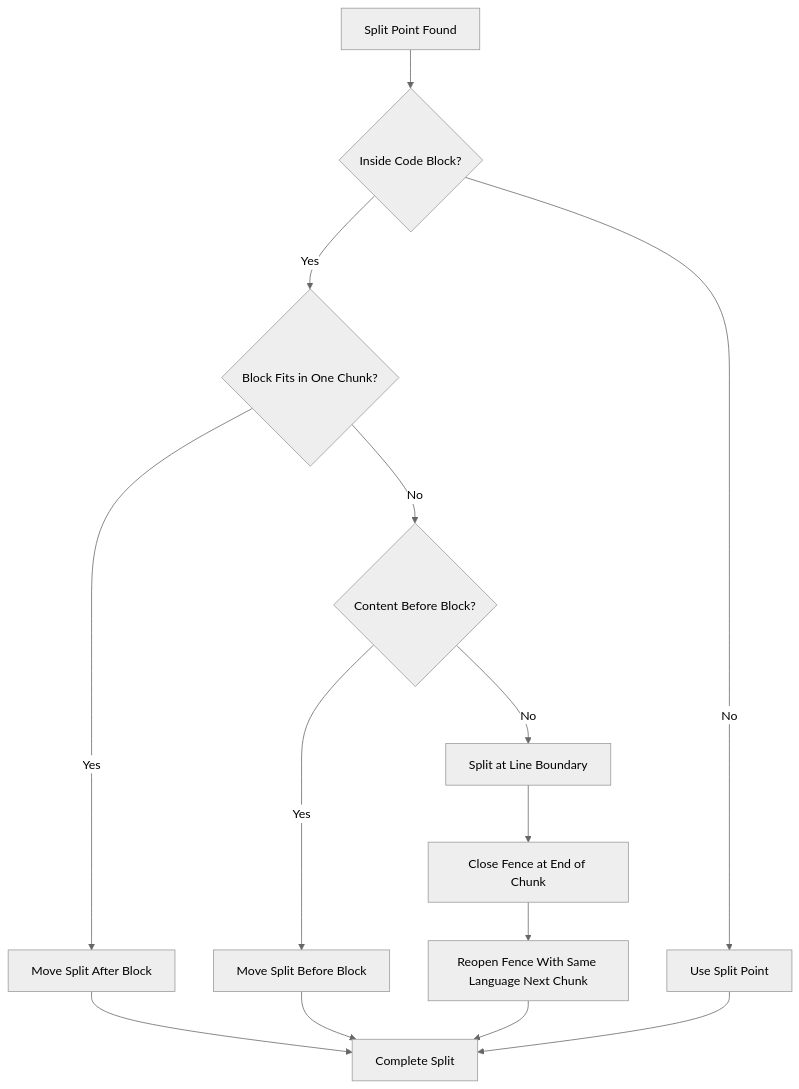
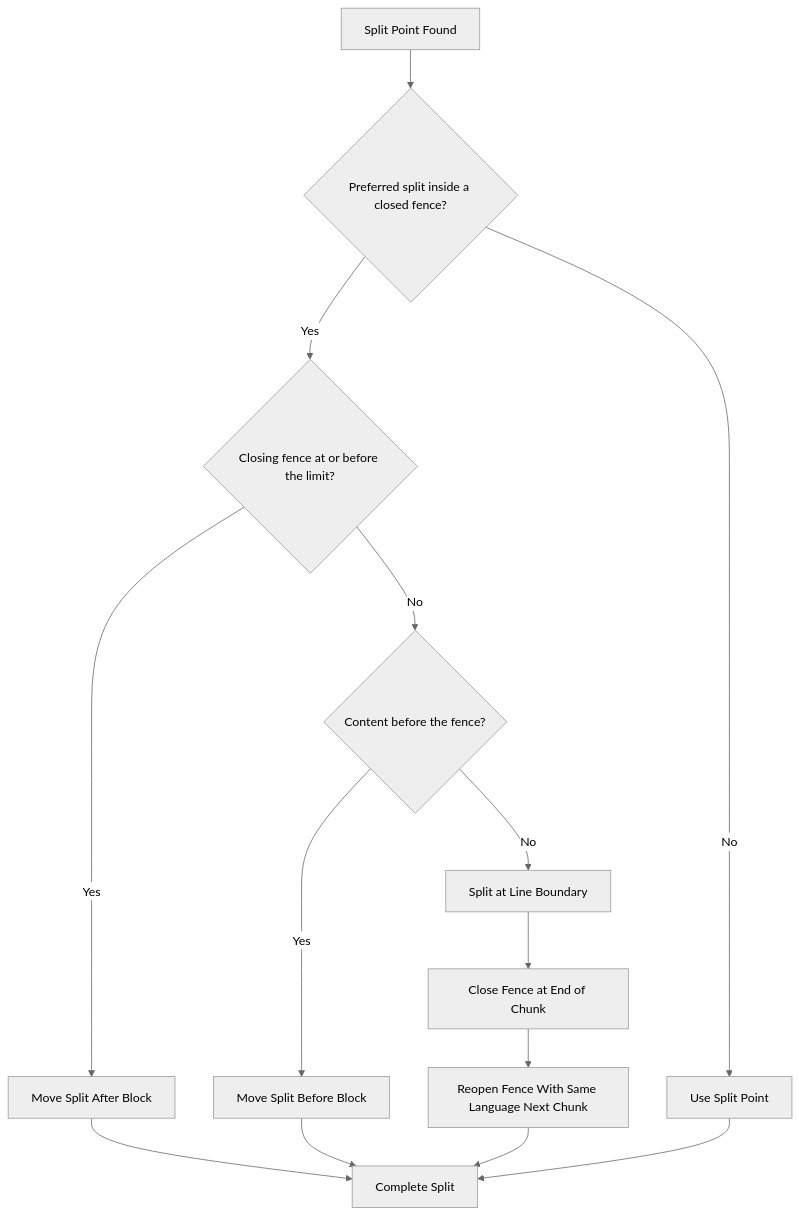
One commit to johndotpub/DiscordianAI changed the second of 4 diagrams in docs/MessageSplitting.md. Above: the diagram before and after it, drawn with Mermaid (neutral theme). The commit also changed other lines of this file and 6 other files, not shown here.

````diff
--- a/docs/MessageSplitting.md
+++ b/docs/MessageSplitting.md
@@ -101,19 +101,19 @@
 ```mermaid
 flowchart TD
-    A[Split Point Found] --> B{Inside Code Block?}
+    A[Split Point Found] --> B{Preferred split inside a closed fence?}
     B -->|No| C[Use Split Point]
-    B -->|Yes| D{Block Fits in One Chunk?}
+    B -->|Yes| D{Closing fence at or before the limit?}
 
     D -->|Yes| E[Move Split After Block]
-    D -->|No| F{Content Before Block?}
+    D -->|No| F{Content before the fence?}
     F -->|Yes| G[Move Split Before Block]
     F -->|No| H[Split at Line Boundary]
 
     H --> I[Close Fence at End of Chunk]
     I --> J[Reopen Fence With Same Language Next Chunk]
 
     E --> K[Complete Split]
     G --> K
     J --> K
     C --> K
 ```
````
